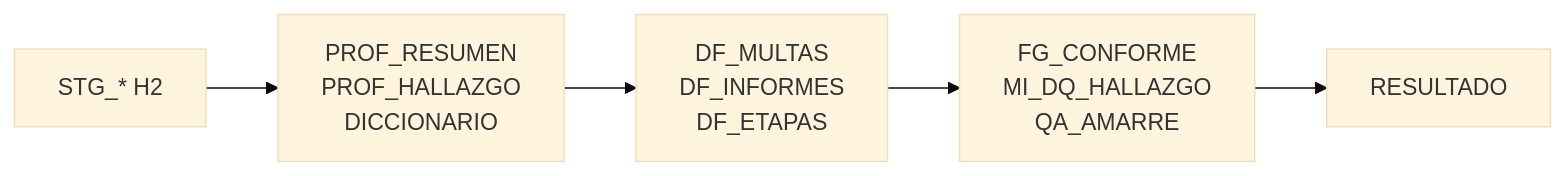
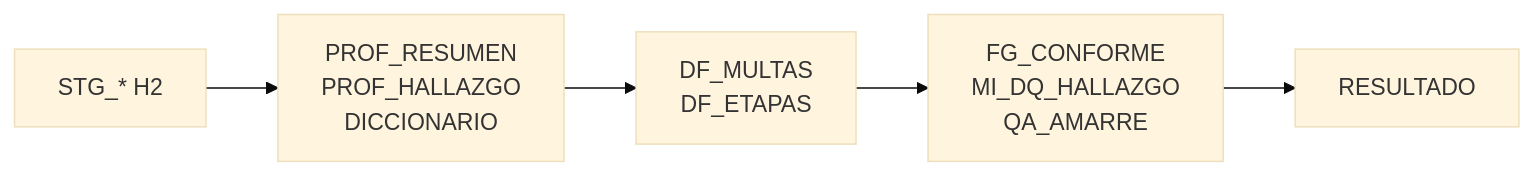
One commit to nwodevops/multa_informes_etl changed the second of 3 diagrams in docs/fase1-3/status.md. Above: the diagram before and after it, drawn with Mermaid (base theme). The commit also changed other lines of this file and 51 other files, not shown here.

````diff
--- a/docs/fase1-3/status.md
+++ b/docs/fase1-3/status.md
@@ -66,10 +65,10 @@
 ```mermaid
 flowchart LR
   STG["STG_* H2"]
   P2["PROF_RESUMEN<br/>PROF_HALLAZGO<br/>DICCIONARIO"]
-  P3["DF_MULTAS<br/>DF_INFORMES<br/>DF_ETAPAS"]
+  P3["DF_MULTAS<br/>DF_ETAPAS"]
   P4["FG_CONFORME<br/>MI_DQ_HALLAZGO<br/>QA_AMARRE"]
   RES["RESULTADO"]
 
   STG --> P2 --> P3 --> P4 --> RES
 ```
````
